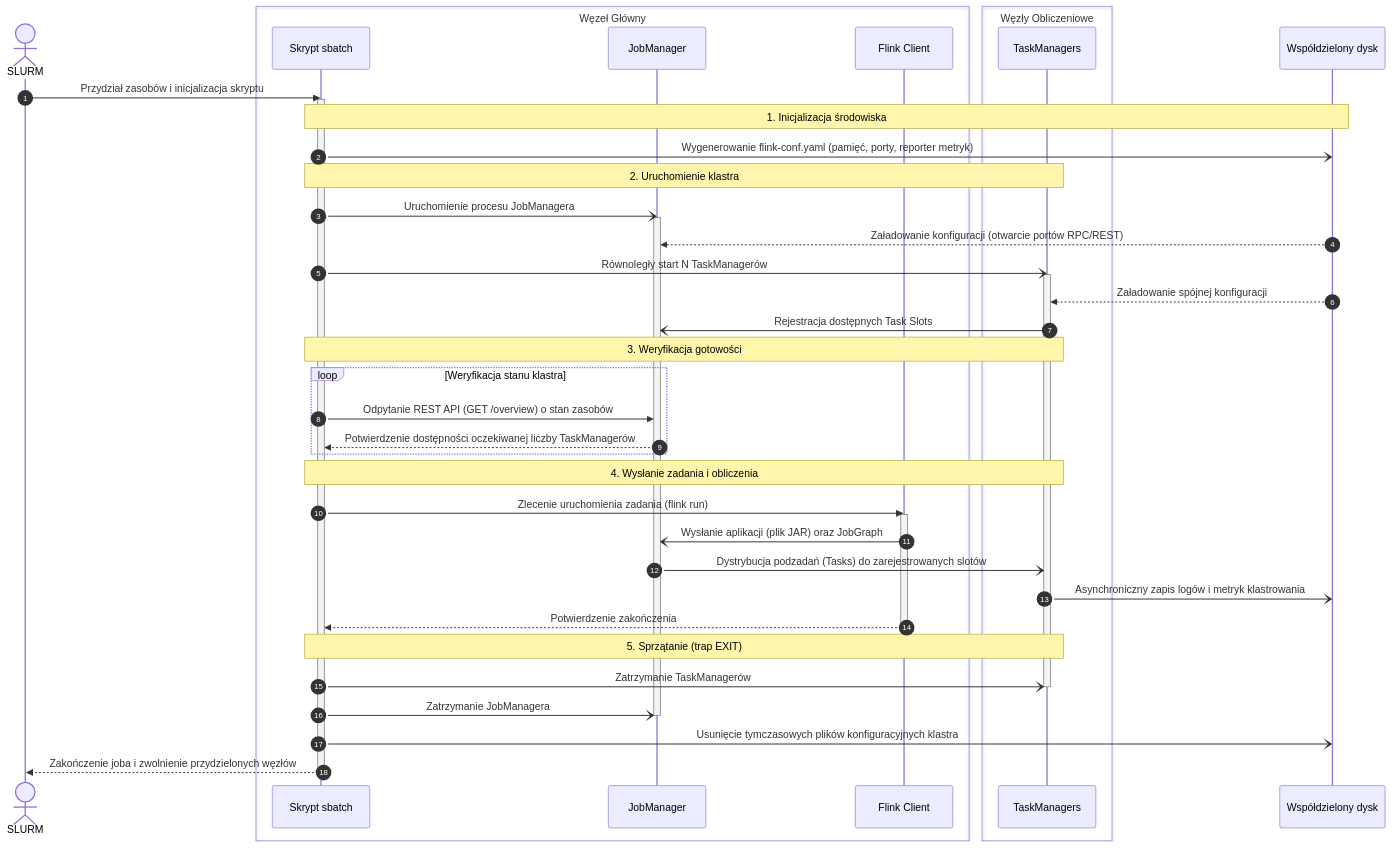
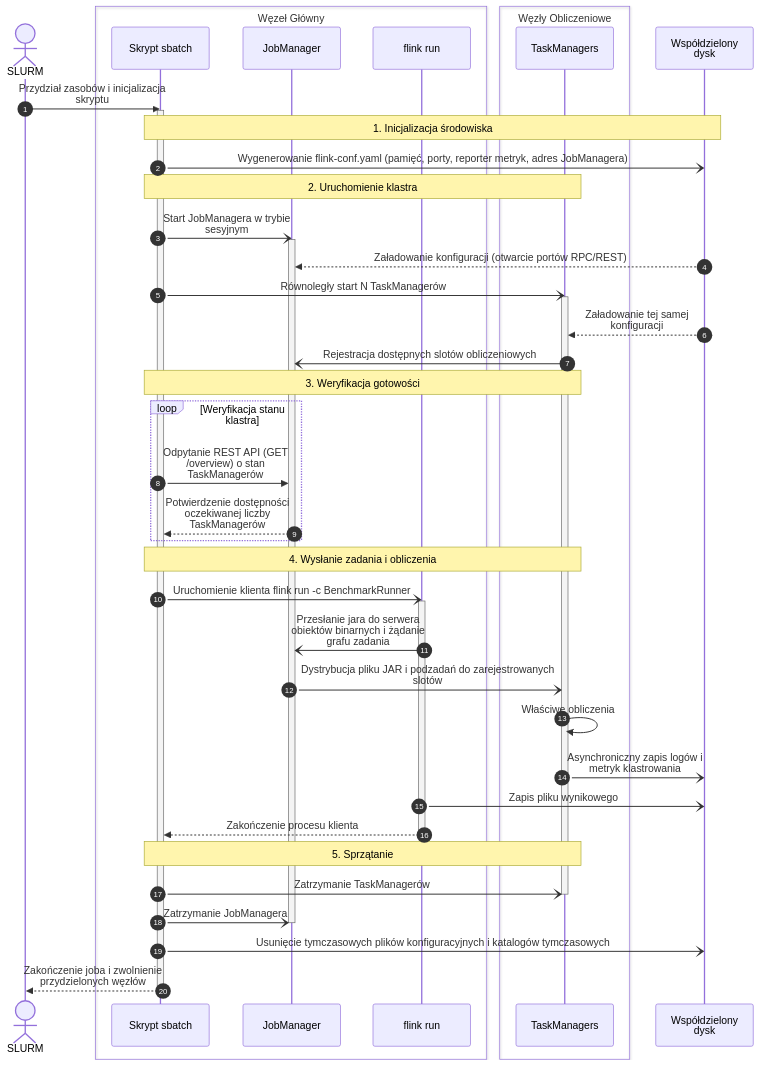
Before and after one commit to natix-x/clustering-algorithms-benchmark: the fourth of 4 diagrams in README.md, drawn with Mermaid. The commit also changed other lines of this file and 4 other files, not shown here.

````diff
--- a/README.md
+++ b/README.md
@@ -230,55 +263,67 @@
 ```mermaid
+---
+config:
+  themeVariables:
+    fontSize: 20px
+  sequence:
+    actorFontSize: 20
+    messageFontSize: 20
+    noteFontSize: 20
+    wrap: true
+---
 sequenceDiagram
   autonumber
   actor SLURM as SLURM
 
   box Węzeł Główny
     participant Skrypt as Skrypt sbatch
     participant JM as JobManager
-    participant Client as Flink Client
+    participant Client as flink run
   end
 
   box Węzły Obliczeniowe
     participant TM as TaskManagers
   end
 
   participant Storage as Współdzielony dysk
 
   SLURM->>Skrypt: Przydział zasobów i inicjalizacja skryptu
   activate Skrypt
   Note over Skrypt,Storage: 1. Inicjalizacja środowiska
-  Skrypt-)Storage: Wygenerowanie flink-conf.yaml (pamięć, porty, reporter metryk)
+  Skrypt-)Storage: Wygenerowanie flink-conf.yaml (pamięć, porty, reporter metryk, adres JobManagera)
 
   Note over Skrypt,TM: 2. Uruchomienie klastra
-  Skrypt-)JM: Uruchomienie procesu JobManagera
+  Skrypt-)JM: Start JobManagera w trybie sesyjnym
   activate JM
   Storage-->>JM: Załadowanie konfiguracji (otwarcie portów RPC/REST)
   Skrypt-)TM: Równoległy start N TaskManagerów
   activate TM
-  Storage-->>TM: Załadowanie spójnej konfiguracji
-  TM-)JM: Rejestracja dostępnych Task Slots
+  Storage-->>TM: Załadowanie tej samej konfiguracji
+  TM-)JM: Rejestracja dostępnych slotów obliczeniowych
 
   Note over Skrypt,TM: 3. Weryfikacja gotowości
   loop Weryfikacja stanu klastra
-    Skrypt->>JM: Odpytanie REST API (GET /overview) o stan zasobów
+    Skrypt->>JM: Odpytanie REST API (GET /overview) o stan TaskManagerów
     JM-->>Skrypt: Potwierdzenie dostępności oczekiwanej liczby TaskManagerów
   end
 
   Note over Skrypt,TM: 4. Wysłanie zadania i obliczenia
-  Skrypt->>Client: Zlecenie uruchomienia zadania (flink run)
+  Skrypt-)Client: Uruchomienie klienta flink run -c BenchmarkRunner 
   activate Client
-  Client-)JM: Wysłanie aplikacji (plik JAR) oraz JobGraph
-  JM-)TM: Dystrybucja podzadań (Tasks) do zarejestrowanych slotów
+  Client-)JM: Przesłanie jara do serwera obiektów binarnych i żądanie grafu zadania
+  JM-)TM: Dystrybucja pliku JAR i podzadań do zarejestrowanych slotów
+  TM->>TM: Właściwe obliczenia
   TM-)Storage: Asynchroniczny zapis logów i metryk klastrowania
-  Client-->>Skrypt: Potwierdzenie zakończenia
+  Client-)Storage: Zapis pliku wynikowego
+  Client-->>Skrypt: Zakończenie procesu klienta
   deactivate Client
 
-  Note over Skrypt,TM: 5. Sprzątanie (trap EXIT)
+  Note over Skrypt,TM: 5. Sprzątanie
   Skrypt-)TM: Zatrzymanie TaskManagerów
   deactivate TM
   Skrypt-)JM: Zatrzymanie JobManagera
   deactivate JM
-  Skrypt-)Storage: Usunięcie tymczasowych plików konfiguracyjnych klastra
+  Skrypt-)Storage: Usunięcie tymczasowych plików konfiguracyjnych i katalogów tymczasowych
   Skrypt-->>SLURM: Zakończenie joba i zwolnienie przydzielonych węzłów
   deactivate Skrypt
 ```
````
